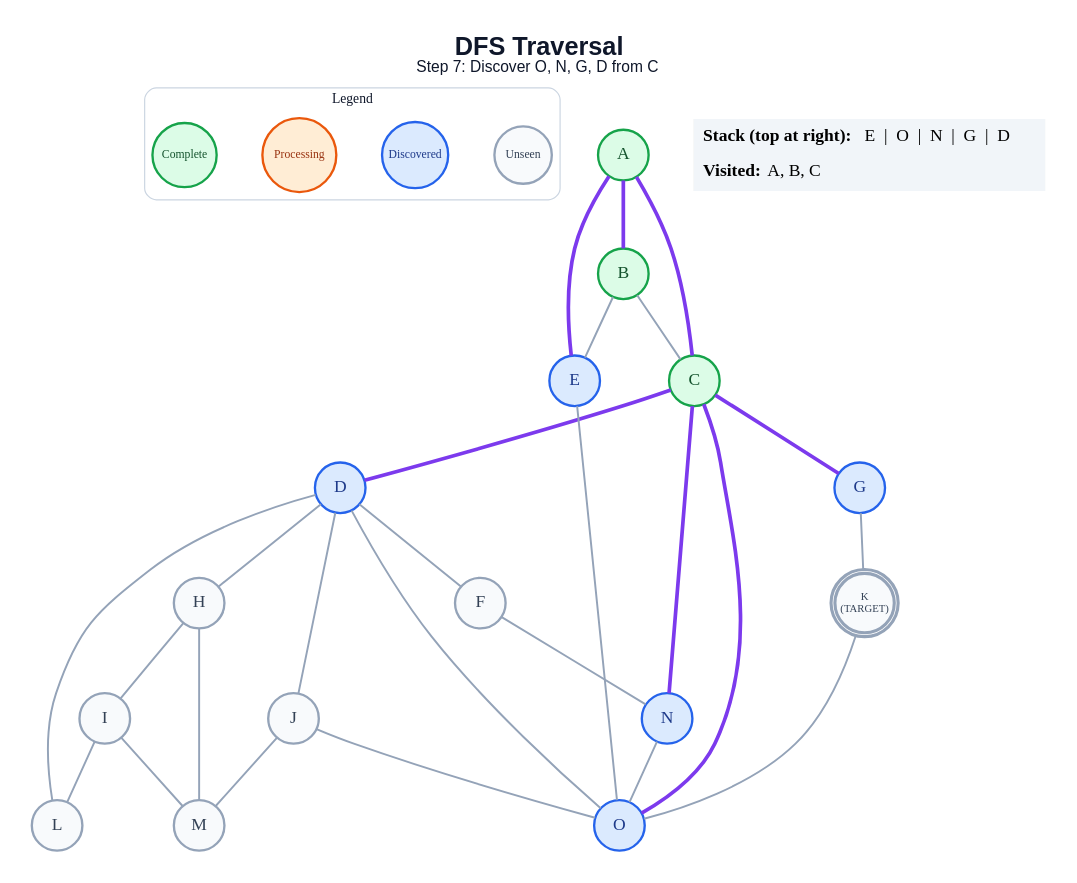
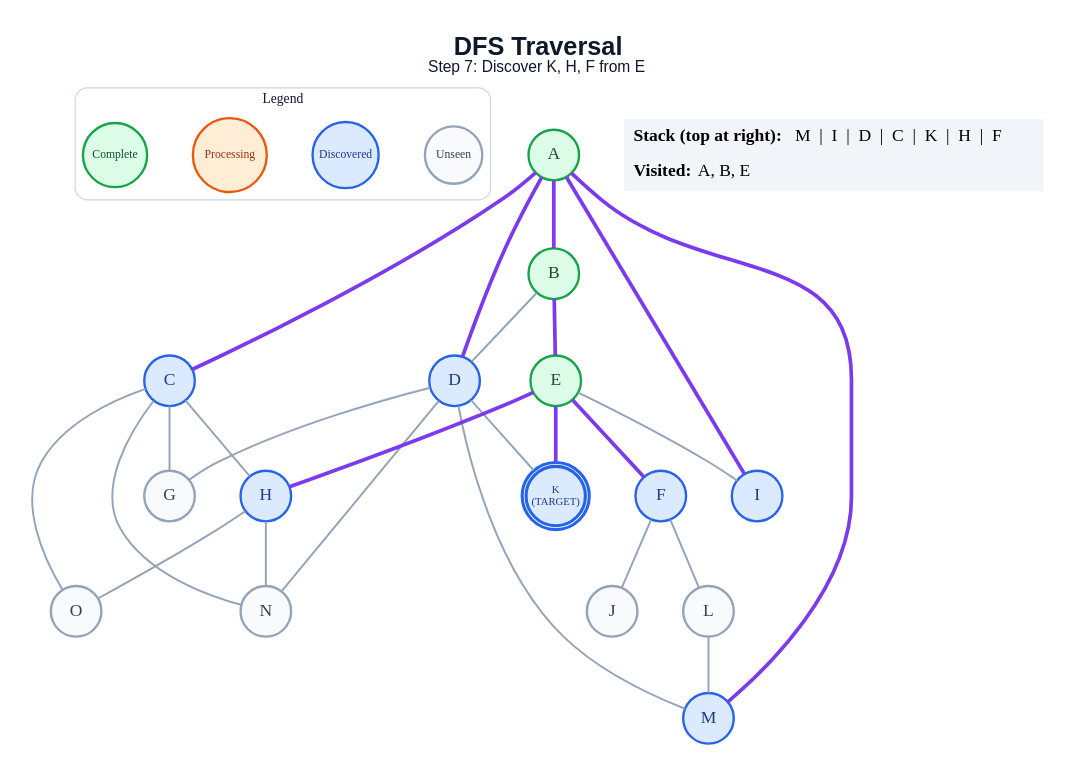
One commit to anon7238593-create/ai-slop changed the diagram in generated/dfs/step_07.dot. Above: the diagram before and after it, drawn with Graphviz. The commit also changed 309 other files, not shown here.

```diff
--- a/generated/dfs/step_07.dot
+++ b/generated/dfs/step_07.dot
@@ -1,59 +1,58 @@
 graph traversal {
   graph [layout=dot, rankdir=TB, bgcolor="#FFFFFF", pad="0.35", nodesep="0.65", ranksep="0.8", fontname="Arial"];
   node [shape=circle, style="filled", fontname="Arial Bold", fontsize=18, width=0.72, fixedsize=true, penwidth=2.4];
   edge [color="#94A3B8", penwidth=2.0];
-  label=<<B>DFS Traversal</B><BR/><FONT POINT-SIZE="16">Step 7: Discover O, N, G, D from C</FONT>>; labelloc="t"; fontsize=26; fontname="Arial"; fontcolor="#0F172A";
+  label=<<B>DFS Traversal</B><BR/><FONT POINT-SIZE="16">Step 7: Discover K, H, F from E</FONT>>; labelloc="t"; fontsize=26; fontname="Arial"; fontcolor="#0F172A";
   subgraph cluster_legend { label="Legend"; color="#CBD5E1"; penwidth=1.2; style="rounded"; fontsize=14; fontname="Arial Bold";
     key_unseen [label="Unseen", fillcolor="#F8FAFC", color="#94A3B8", fontcolor="#334155", fontsize=12, width=0.82];
     key_frontier [label="Discovered", fillcolor="#DBEAFE", color="#2563EB", fontcolor="#1E3A8A", fontsize=12, width=0.95];
     key_current [label="Processing", fillcolor="#FFEDD5", color="#EA580C", fontcolor="#9A3412", fontsize=12, width=1.05];
     key_done [label="Complete", fillcolor="#DCFCE7", color="#16A34A", fontcolor="#14532D", fontsize=12, width=0.92];
     { rank=same; key_unseen; key_frontier; key_current; key_done; }
   }
   A [label="A", fillcolor="#DCFCE7", color="#16A34A", fontcolor="#14532D", peripheries=1, penwidth=2.4];
   B [label="B", fillcolor="#DCFCE7", color="#16A34A", fontcolor="#14532D", peripheries=1, penwidth=2.4];
-  C [label="C", fillcolor="#DCFCE7", color="#16A34A", fontcolor="#14532D", peripheries=1, penwidth=2.4];
+  C [label="C", fillcolor="#DBEAFE", color="#2563EB", fontcolor="#1E3A8A", peripheries=1, penwidth=2.4];
   D [label="D", fillcolor="#DBEAFE", color="#2563EB", fontcolor="#1E3A8A", peripheries=1, penwidth=2.4];
-  E [label="E", fillcolor="#DBEAFE", color="#2563EB", fontcolor="#1E3A8A", peripheries=1, penwidth=2.4];
-  F [label="F", fillcolor="#F8FAFC", color="#94A3B8", fontcolor="#334155", peripheries=1, penwidth=2.4];
-  G [label="G", fillcolor="#DBEAFE", color="#2563EB", fontcolor="#1E3A8A", peripheries=1, penwidth=2.4];
-  H [label="H", fillcolor="#F8FAFC", color="#94A3B8", fontcolor="#334155", peripheries=1, penwidth=2.4];
-  I [label="I", fillcolor="#F8FAFC", color="#94A3B8", fontcolor="#334155", peripheries=1, penwidth=2.4];
+  E [label="E", fillcolor="#DCFCE7", color="#16A34A", fontcolor="#14532D", peripheries=1, penwidth=2.4];
+  F [label="F", fillcolor="#DBEAFE", color="#2563EB", fontcolor="#1E3A8A", peripheries=1, penwidth=2.4];
+  G [label="G", fillcolor="#F8FAFC", color="#94A3B8", fontcolor="#334155", peripheries=1, penwidth=2.4];
+  H [label="H", fillcolor="#DBEAFE", color="#2563EB", fontcolor="#1E3A8A", peripheries=1, penwidth=2.4];
+  I [label="I", fillcolor="#DBEAFE", color="#2563EB", fontcolor="#1E3A8A", peripheries=1, penwidth=2.4];
   J [label="J", fillcolor="#F8FAFC", color="#94A3B8", fontcolor="#334155", peripheries=1, penwidth=2.4];
-  K [label="K\n(TARGET)", fillcolor="#F8FAFC", color="#94A3B8", fontcolor="#334155", peripheries=2, penwidth=3.2, fontsize=11, width=0.85, height=0.85];
+  K [label="K\n(TARGET)", fillcolor="#DBEAFE", color="#2563EB", fontcolor="#1E3A8A", peripheries=2, penwidth=3.2, fontsize=11, width=0.85, height=0.85];
   L [label="L", fillcolor="#F8FAFC", color="#94A3B8", fontcolor="#334155", peripheries=1, penwidth=2.4];
-  M [label="M", fillcolor="#F8FAFC", color="#94A3B8", fontcolor="#334155", peripheries=1, penwidth=2.4];
-  N [label="N", fillcolor="#DBEAFE", color="#2563EB", fontcolor="#1E3A8A", peripheries=1, penwidth=2.4];
-  O [label="O", fillcolor="#DBEAFE", color="#2563EB", fontcolor="#1E3A8A", peripheries=1, penwidth=2.4];
+  M [label="M", fillcolor="#DBEAFE", color="#2563EB", fontcolor="#1E3A8A", peripheries=1, penwidth=2.4];
+  N [label="N", fillcolor="#F8FAFC", color="#94A3B8", fontcolor="#334155", peripheries=1, penwidth=2.4];
+  O [label="O", fillcolor="#F8FAFC", color="#94A3B8", fontcolor="#334155", peripheries=1, penwidth=2.4];
   A -- B [color="#7C3AED", penwidth=3.8];
   A -- C [color="#7C3AED", penwidth=3.8];
-  A -- E [color="#7C3AED", penwidth=3.8];
-  B -- C;
-  B -- E;
-  C -- D [color="#7C3AED", penwidth=3.8];
-  C -- G [color="#7C3AED", penwidth=3.8];
-  C -- N [color="#7C3AED", penwidth=3.8];
-  C -- O [color="#7C3AED", penwidth=3.8];
-  D -- F;
-  D -- H;
-  D -- J;
-  D -- L;
-  D -- O;
-  E -- O;
-  F -- N;
-  G -- K;
-  H -- I;
-  H -- M;
-  I -- L;
-  I -- M;
-  J -- M;
-  J -- O;
-  K -- O;
-  N -- O;
+  A -- D [color="#7C3AED", penwidth=3.8];
+  A -- I [color="#7C3AED", penwidth=3.8];
+  A -- M [color="#7C3AED", penwidth=3.8];
+  B -- D;
+  B -- E [color="#7C3AED", penwidth=3.8];
+  C -- G;
+  C -- H;
+  C -- N;
+  C -- O;
+  D -- G;
+  D -- K;
+  D -- M;
+  D -- N;
+  E -- F [color="#7C3AED", penwidth=3.8];
+  E -- H [color="#7C3AED", penwidth=3.8];
+  E -- I;
+  E -- K [color="#7C3AED", penwidth=3.8];
+  F -- J;
+  F -- L;
+  H -- N;
+  H -- O;
+  L -- M;
   status [shape=plain, fixedsize=false, width=0, height=0, margin=0, label=<
     <TABLE BORDER="0" CELLBORDER="0" CELLPADDING="7" BGCOLOR="#F1F5F9">
-      <TR><TD ALIGN="LEFT"><B>Stack (top at right):</B> E  |  O  |  N  |  G  |  D</TD></TR>
-      <TR><TD ALIGN="LEFT"><B>Visited:</B> A, B, C</TD></TR>
+      <TR><TD ALIGN="LEFT"><B>Stack (top at right):</B> M  |  I  |  D  |  C  |  K  |  H  |  F</TD></TR>
+      <TR><TD ALIGN="LEFT"><B>Visited:</B> A, B, E</TD></TR>
     </TABLE>
   >];
 }
```
